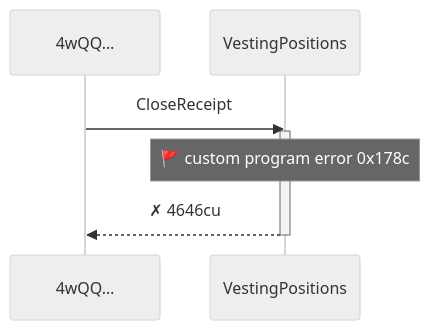
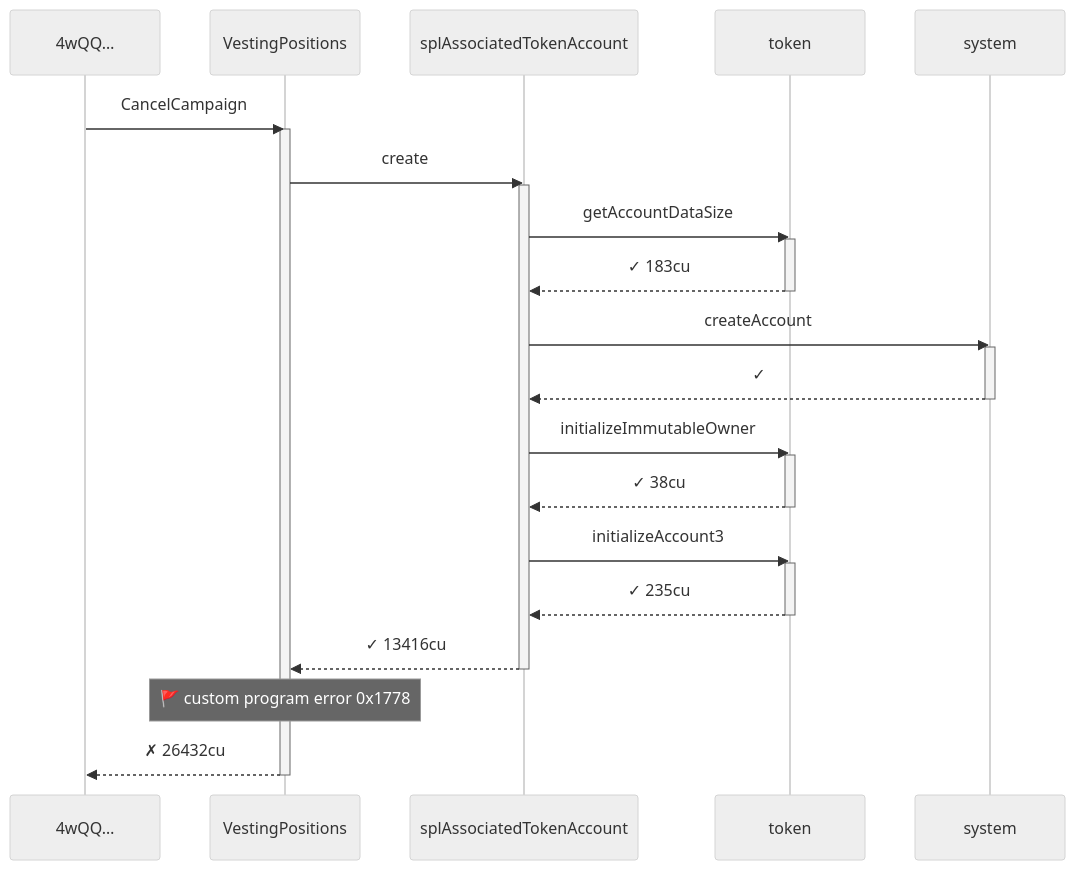
The first of 3 diagrams in babelfish-tests/test-report/cancel_campaign_requires_creator.md (cds-turbin3/vesting-position), drawn with Mermaid (neutral theme) before and after one commit. The commit also changed other lines of this file and 50 other files, not shown here.

````diff
--- a/babelfish-tests/test-report/cancel_campaign_requires_creator.md
+++ b/babelfish-tests/test-report/cancel_campaign_requires_creator.md
@@ -5,10 +5,33 @@
 ```mermaid
 sequenceDiagram
     participant p0 as 4wQQ…
     participant p1 as VestingPositions
-    p0->>p1: CloseReceipt
+    participant p2 as splAssociatedTokenAccount
+    participant p3 as token
+    participant p4 as system
+    p0->>p1: CancelCampaign
     activate p1
-    note over p1: 🚩 custom program error  0x178c
-    p1-->>p0: ✗ 4646cu
+    p1->>p2: create
+    activate p2
+    p2->>p3: getAccountDataSize
+    activate p3
+    p3-->>p2: ✓ 183cu
+    deactivate p3
+    p2->>p4: createAccount
+    activate p4
+    p4-->>p2: ✓
+    deactivate p4
+    p2->>p3: initializeImmutableOwner
+    activate p3
+    p3-->>p2: ✓ 38cu
+    deactivate p3
+    p2->>p3: initializeAccount3
+    activate p3
+    p3-->>p2: ✓ 235cu
+    deactivate p3
+    p2-->>p1: ✓ 13416cu
+    deactivate p2
+    note over p1: 🚩 custom program error  0x1778
+    p1-->>p0: ✗ 26432cu
     deactivate p1
 ```
````
